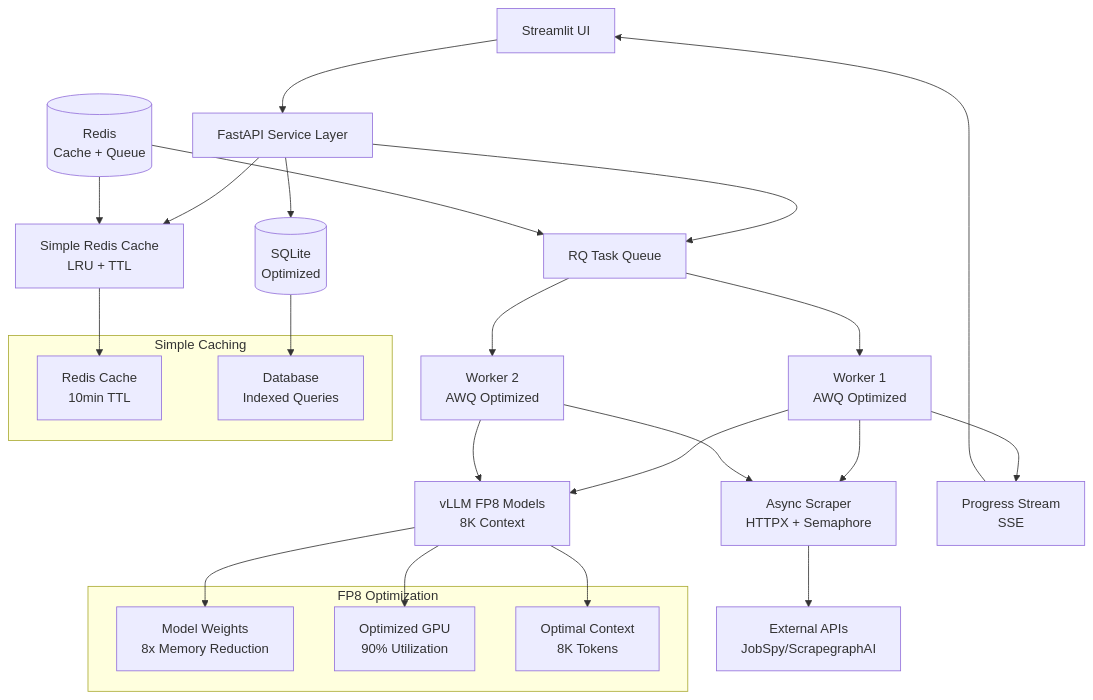
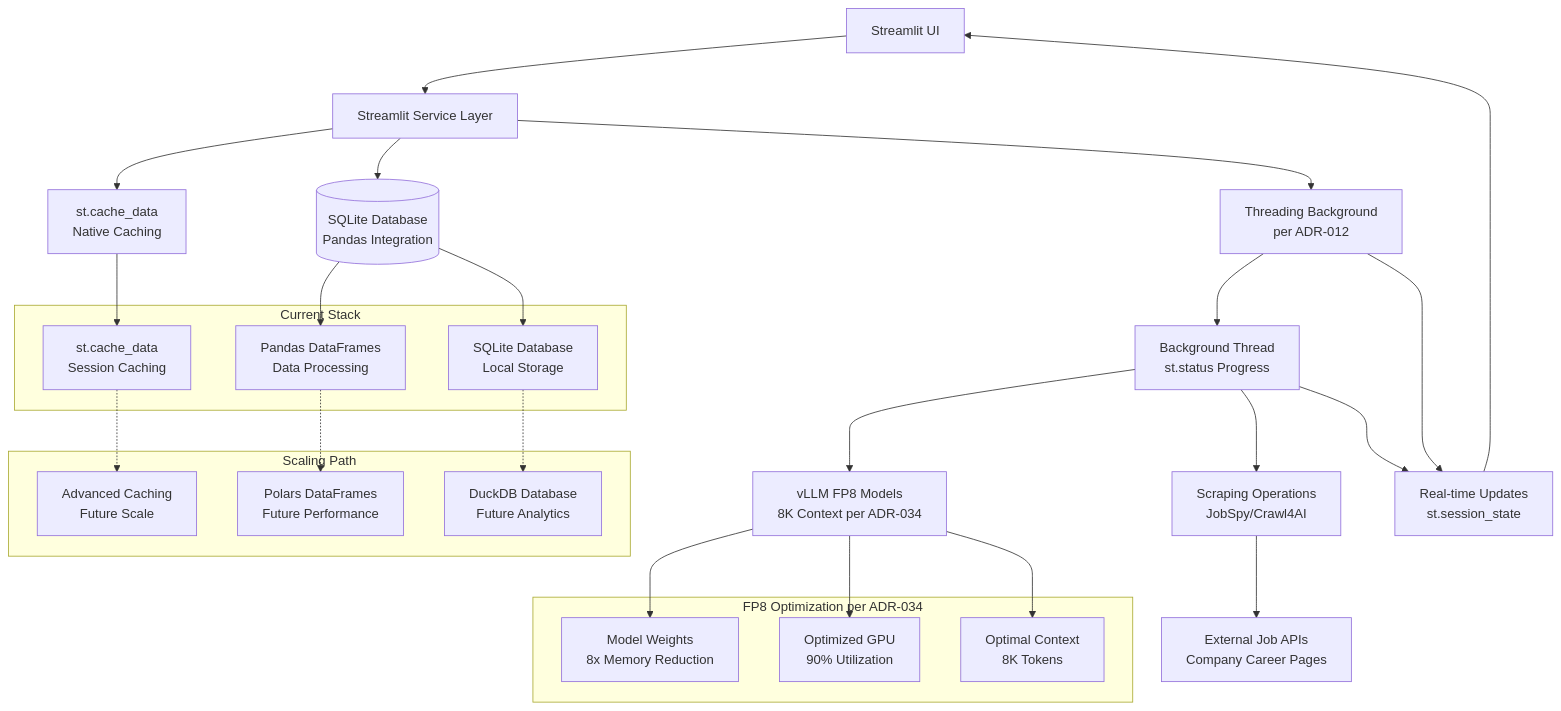
One commit to BjornMelin/ai-job-scraper changed the diagram in docs/adrs/ADR-025-performance-scale-strategy.md. Above: the diagram before and after it, drawn with Mermaid. The commit also changed other lines of this file and 10 other files, not shown here.

First line of the commit message:
docs: complete comprehensive adr integration and finalize architecture

````diff
--- a/docs/adrs/ADR-025-performance-scale-strategy.md
+++ b/docs/adrs/ADR-025-performance-scale-strategy.md
@@ -94,42 +94,48 @@
 ```mermaid
 graph TB
-    UI[Streamlit UI] --> API[FastAPI Service Layer]
-    API --> Cache[Simple Redis Cache<br/>LRU + TTL]
-    API --> DB[(SQLite<br/>Optimized)]
-    API --> Queue[RQ Task Queue]
+    UI[Streamlit UI] --> API[Streamlit Service Layer]
+    API --> Cache[st.cache_data<br/>Native Caching]
+    API --> DB[(SQLite Database<br/>Pandas Integration)]
+    API --> BG[Threading Background<br/>per ADR-012]
     
-    Queue --> Worker1[Worker 1<br/>AWQ Optimized]
-    Queue --> Worker2[Worker 2<br/>AWQ Optimized] 
+    BG --> Thread1[Background Thread<br/>st.status Progress]
+    BG --> Progress[Real-time Updates<br/>st.session_state]
     
-    Worker1 --> AIModels[vLLM FP8 Models<br/>8K Context]
-    Worker2 --> AIModels
+    Thread1 --> AIModels[vLLM FP8 Models<br/>8K Context per ADR-034]
+    Thread1 --> Scraper[Scraping Operations<br/>JobSpy/Crawl4AI]
     
-    Worker1 --> Scraper[Async Scraper<br/>HTTPX + Semaphore]
-    Worker2 --> Scraper
+    Scraper --> External[External Job APIs<br/>Company Career Pages]
     
-    Scraper --> External[External APIs<br/>JobSpy/ScrapegraphAI]
+    Progress --> UI
+    Thread1 --> Progress
     
-    Redis[(Redis<br/>Cache + Queue)] --> Cache
-    Redis --> Queue
-    
-    Progress[Progress Stream<br/>SSE] --> UI
-    Worker1 --> Progress
-    
-    subgraph "Simple Caching"
-        L1[Redis Cache<br/>10min TTL]
-        L2[Database<br/>Indexed Queries]
+    subgraph "Current Stack"
+        S1[Pandas DataFrames<br/>Data Processing]
+        S2[SQLite Database<br/>Local Storage]
+        S3[st.cache_data<br/>Session Caching]
     end
     
-    Cache --> L1
-    DB --> L2
+    DB --> S1
+    DB --> S2
+    Cache --> S3
     
-    subgraph "FP8 Optimization"
+    subgraph "Scaling Path"
+        P1[Polars DataFrames<br/>Future Performance]
+        P2[DuckDB Database<br/>Future Analytics]
+        P3[Advanced Caching<br/>Future Scale]
+    end
+    
+    S1 -.-> P1
+    S2 -.-> P2
+    S3 -.-> P3
+    
+    subgraph "FP8 Optimization per ADR-034"
         M1[Model Weights<br/>8x Memory Reduction]
         M2[Optimized GPU<br/>90% Utilization]
         M3[Optimal Context<br/>8K Tokens]
     end
     
     AIModels --> M1
     AIModels --> M2
     AIModels --> M3
 ```
````
